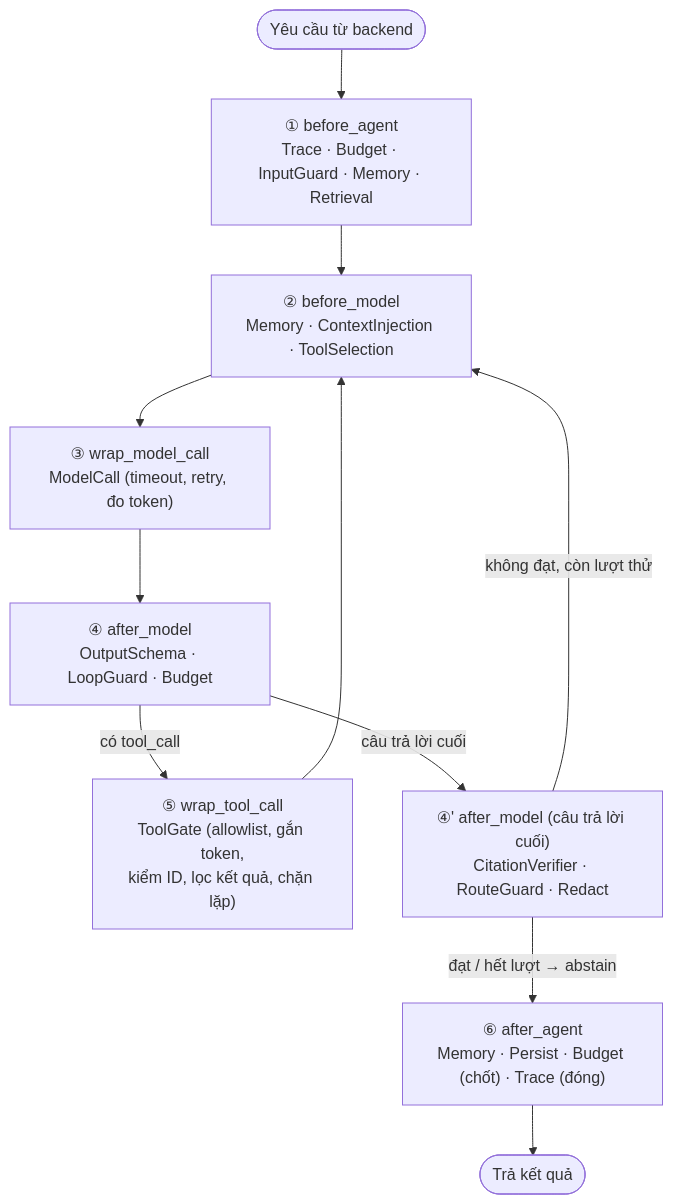
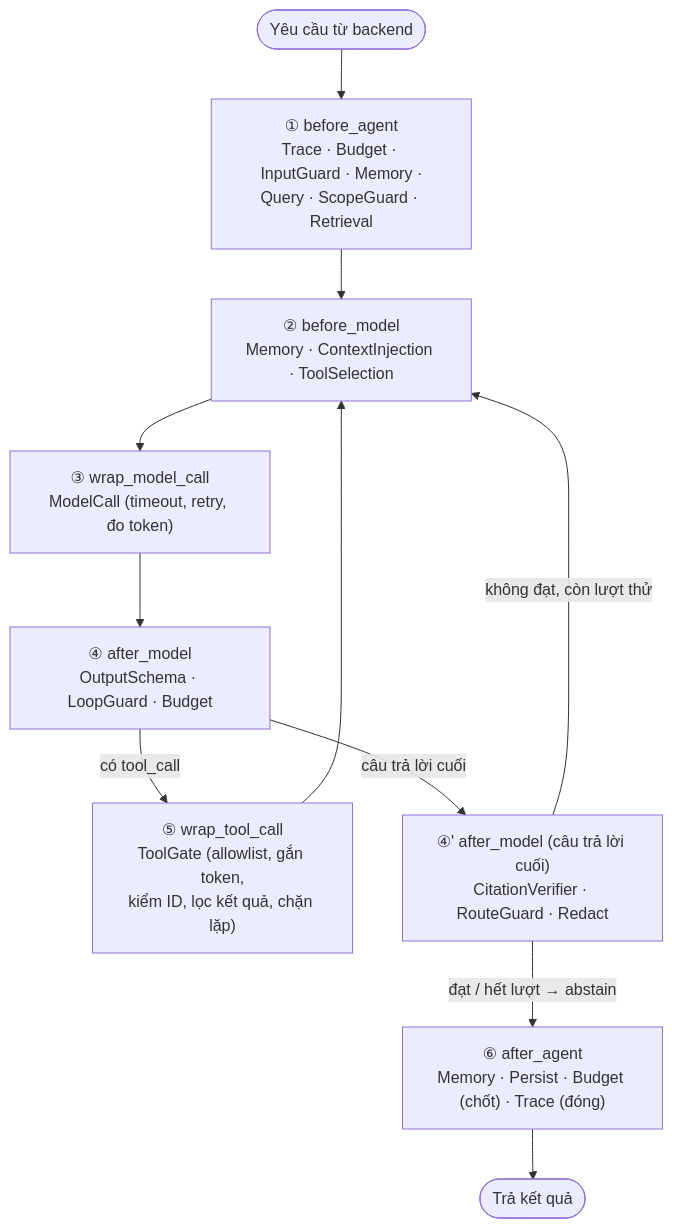
Before and after one commit to lybii/ptutor-support-assistant: the third of 3 diagrams in docs/02-kien-truc.md, drawn with Mermaid. The commit also changed other lines of this file and 14 other files, not shown here.

````diff
--- a/docs/02-kien-truc.md
+++ b/docs/02-kien-truc.md
@@ -109,13 +110,13 @@
 ```mermaid
 flowchart TB
-    S([Yêu cầu từ backend]) --> BA["① before_agent<br/>Trace · Budget · InputGuard · Memory · Retrieval"]
+    S([Yêu cầu từ backend]) --> BA["① before_agent<br/>Trace · Budget · InputGuard · Memory ·<br/>Query · ScopeGuard · Retrieval"]
     BA --> BM["② before_model<br/>Memory · ContextInjection · ToolSelection"]
     BM --> WM["③ wrap_model_call<br/>ModelCall (timeout, retry, đo token)"]
     WM --> AM["④ after_model<br/>OutputSchema · LoopGuard · Budget"]
     AM -->|có tool_call| WT["⑤ wrap_tool_call<br/>ToolGate (allowlist, gắn token,<br/>kiểm ID, lọc kết quả, chặn lặp)"]
     WT --> BM
     AM -->|câu trả lời cuối| CV["④' after_model (câu trả lời cuối)<br/>CitationVerifier · RouteGuard · Redact"]
     CV -->|không đạt, còn lượt thử| BM
     CV -->|đạt / hết lượt → abstain| AA["⑥ after_agent<br/>Memory · Persist · Budget (chốt) · Trace (đóng)"]
     AA --> E([Trả kết quả])
 ```
````
